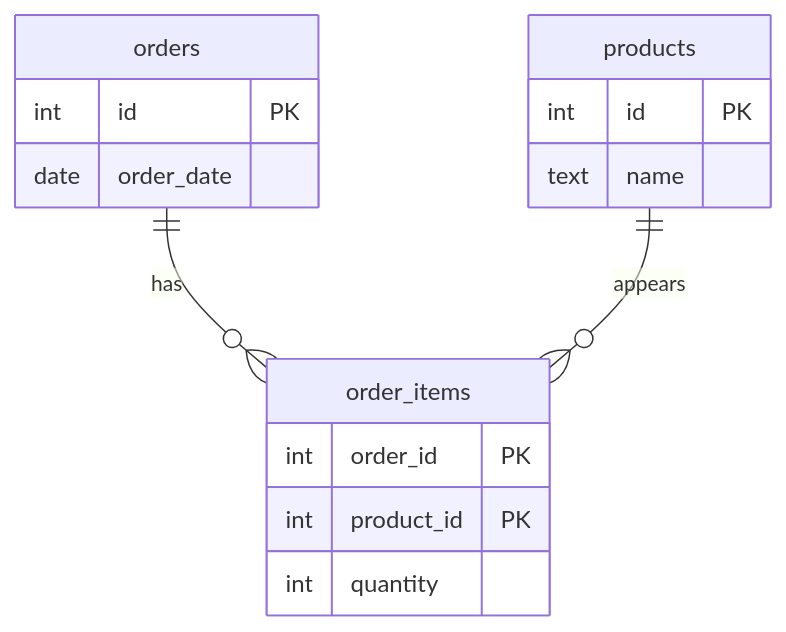
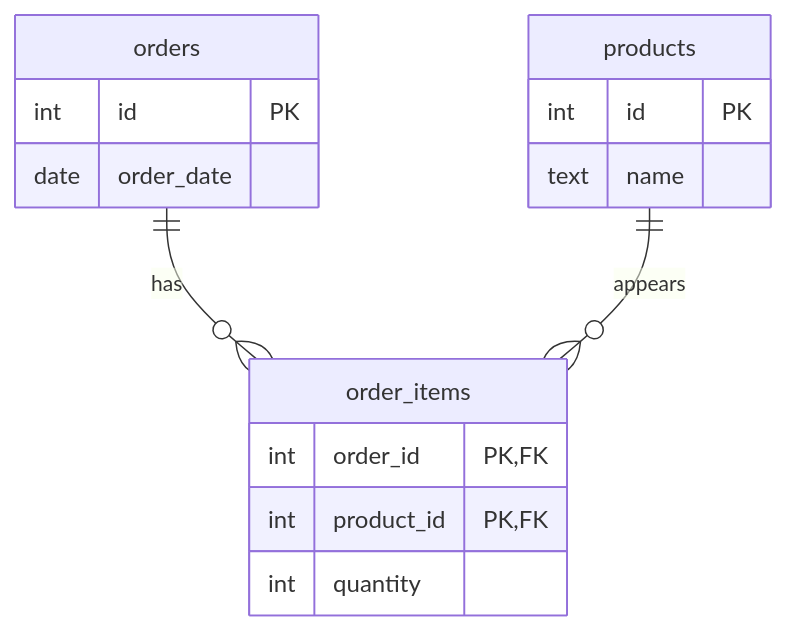
The first of 7 diagrams in content/courses/database-design-postgresql/second-normal-form.mdx (dataslope/dataslope), drawn with Mermaid before and after one commit. The commit also changed other lines of this file and 1380 other files, not shown here.

````diff
--- a/content/courses/database-design-postgresql/second-normal-form.mdx
+++ b/content/courses/database-design-postgresql/second-normal-form.mdx
@@ -31,18 +31,18 @@
 ```mermaid
 erDiagram
     orders ||--o{ order_items : has
     products ||--o{ order_items : appears
     orders {
         int id PK
         date order_date
     }
     products {
         int id PK
         text name
     }
     order_items {
-        int order_id PK
-        int product_id PK
+        int order_id PK, FK
+        int product_id PK, FK
         int quantity
     }
 ```
````
